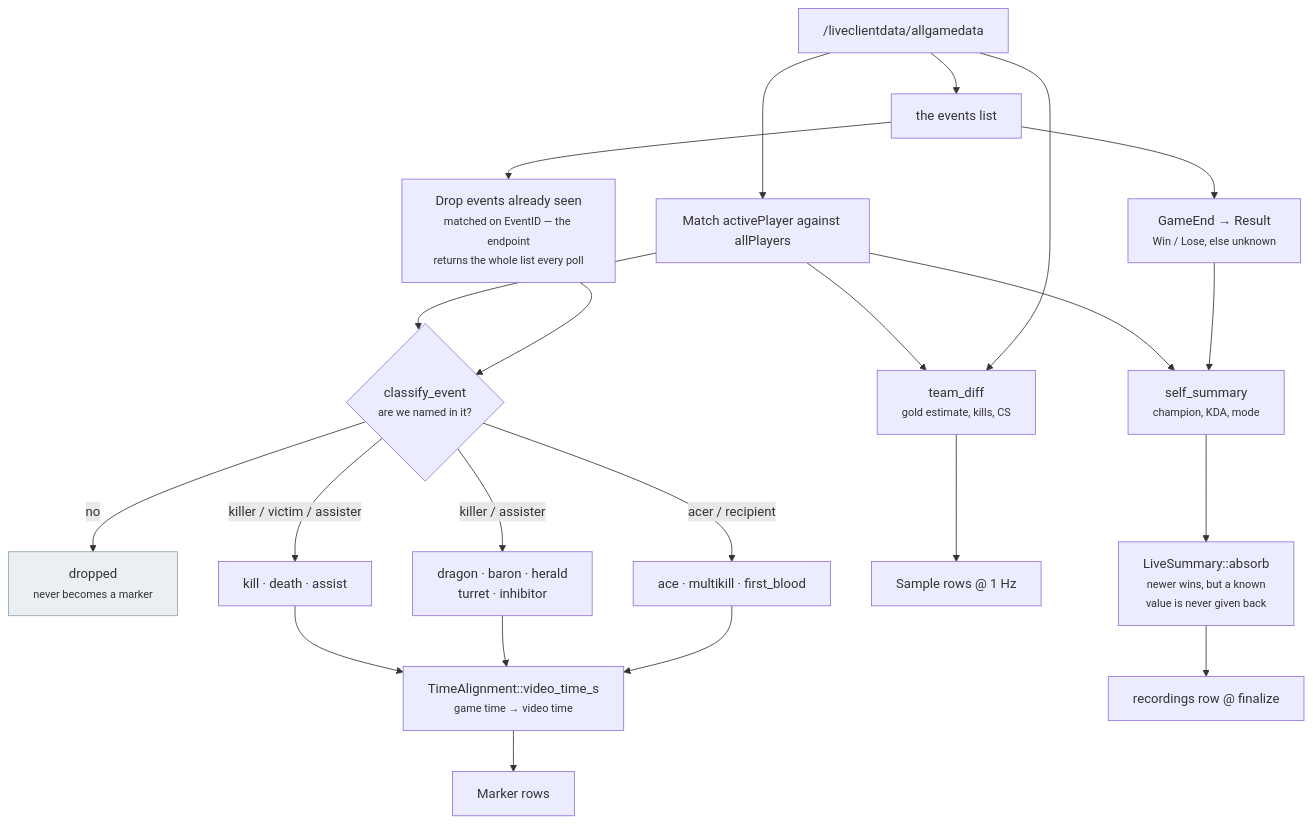
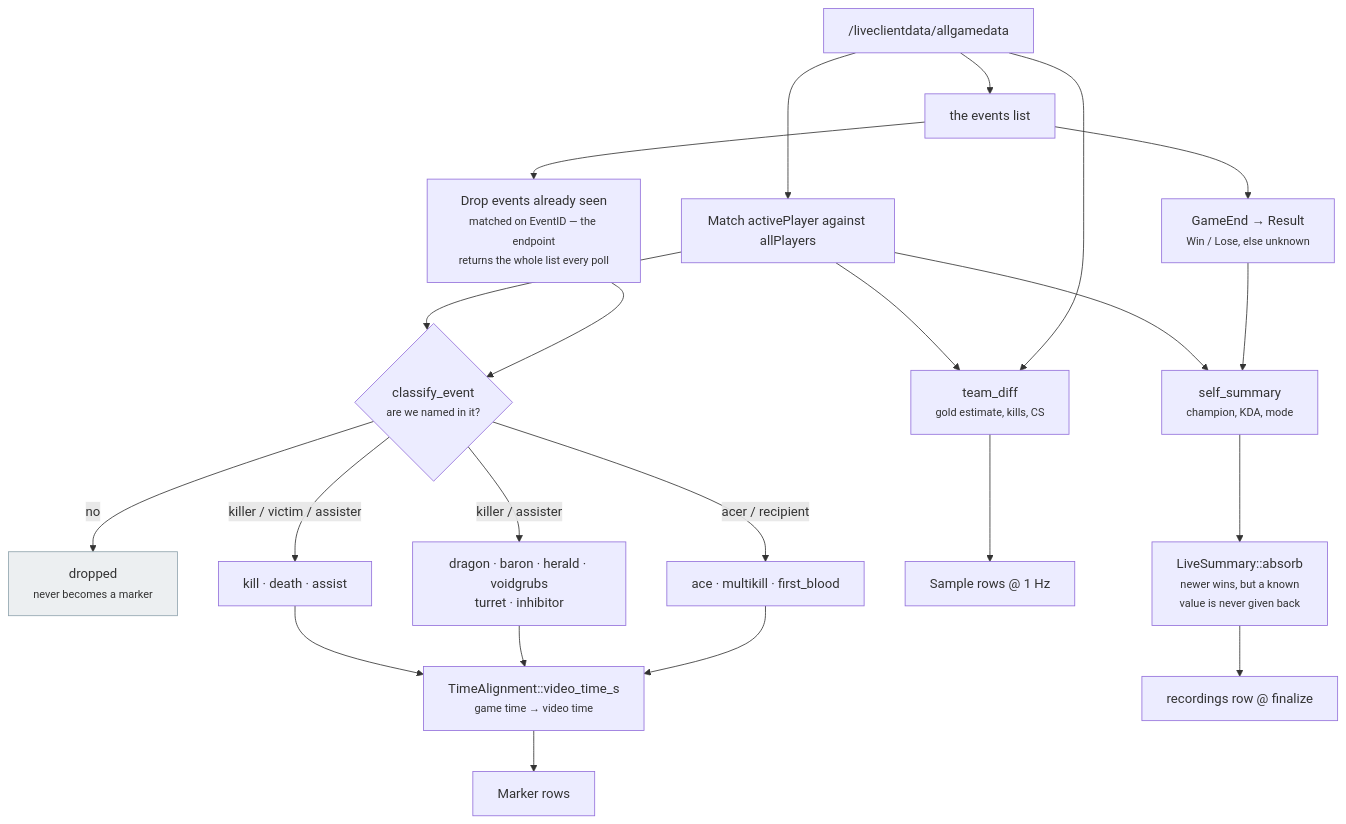
One commit to NinjaGoldfinch/ninja-recorder changed the third of 8 diagrams in docs/recording-pipeline.md. Above: the diagram before and after it, drawn with Mermaid. The commit also changed other lines of this file and 7 other files, not shown here.

````diff
--- a/docs/recording-pipeline.md
+++ b/docs/recording-pipeline.md
@@ -135,25 +135,25 @@
 ```mermaid
 flowchart TB
     SNAP["/liveclientdata/allgamedata"] --> ID["Match activePlayer against allPlayers"]
     SNAP --> EV["the events list"]
     ID --> CL
     EV --> DEDUP["Drop events already seen<br/><small>matched on EventID — the endpoint<br/>returns the whole list every poll</small>"]
     DEDUP --> CL{"classify_event<br/><small>are we named in it?</small>"}
     CL -->|"no"| DROP["dropped<br/><small>never becomes a marker</small>"]
     CL -->|"killer / victim / assister"| K["kill · death · assist"]
-    CL -->|"killer / assister"| O["dragon · baron · herald<br/>turret · inhibitor"]
+    CL -->|"killer / assister"| O["dragon · baron · herald · voidgrubs<br/>turret · inhibitor"]
     CL -->|"acer / recipient"| M["ace · multikill · first_blood"]
     K --> AL
     O --> AL
     M --> AL
     style DROP fill:#eceff1,stroke:#90a4ae
     AL["TimeAlignment::video_time_s<br/><small>game time → video time</small>"] --> MK["Marker rows"]
     ID --> TD["team_diff<br/><small>gold estimate, kills, CS</small>"]
     SNAP --> TD
     TD --> SM["Sample rows @ 1 Hz"]
     ID --> SS["self_summary<br/><small>champion, KDA, mode</small>"]
     EV --> GE["GameEnd → Result<br/><small>Win / Lose, else unknown</small>"]
     GE --> SS
     SS --> ABS["LiveSummary::absorb<br/><small>newer wins, but a known<br/>value is never given back</small>"]
     ABS --> ROW["recordings row @ finalize"]
 ```
````
